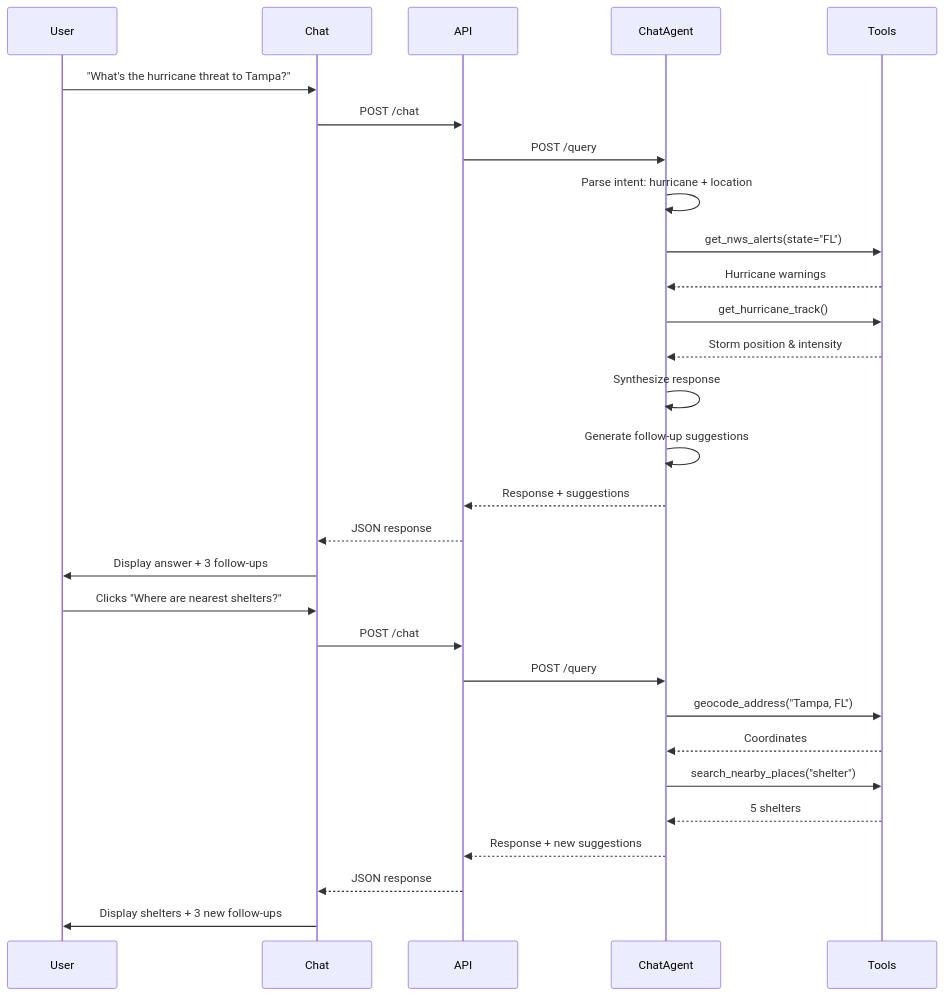
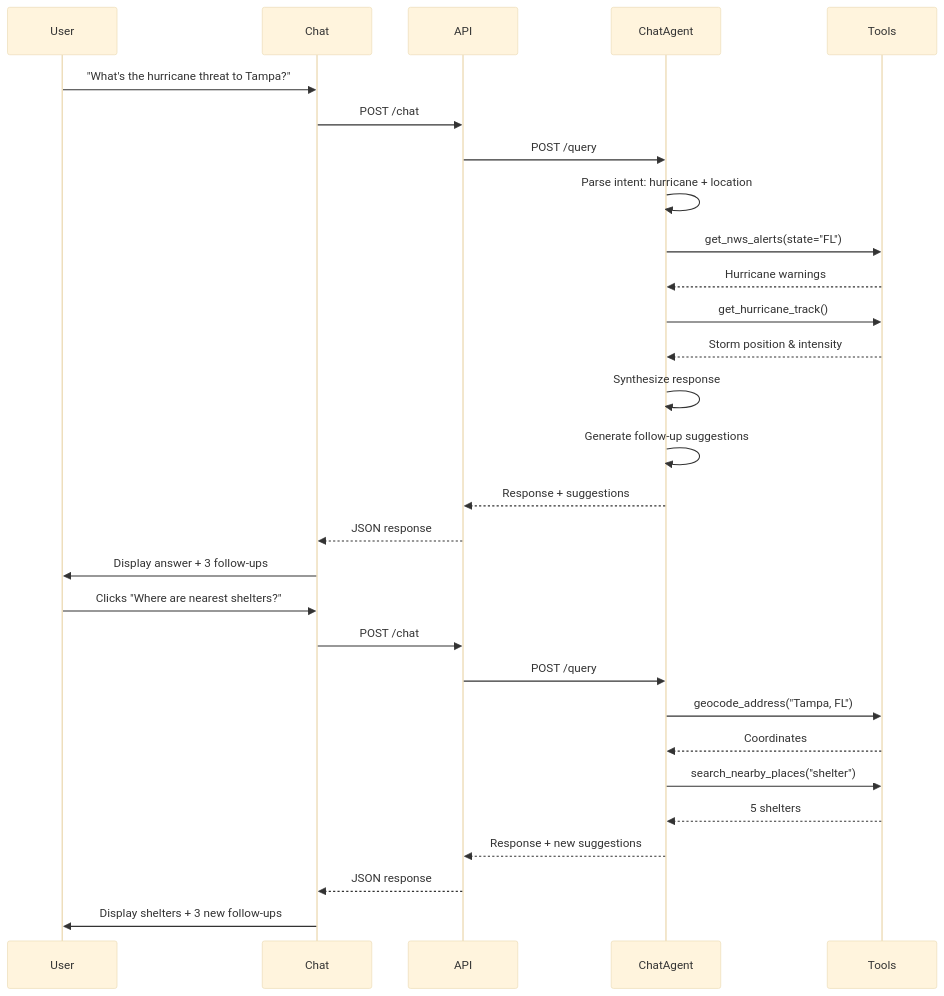
One commit to andersondang/weather_insights_and_forecase_advisor changed the fifth of 10 diagrams in DIAGRAMS.md. Above: the diagram before and after it, drawn with Mermaid. The commit also changed other lines of this file and 1 other file, not shown here.

Commit message:
Add flow diagrams

````diff
--- a/DIAGRAMS.md
+++ b/DIAGRAMS.md
@@ -212,38 +216,39 @@
 ```mermaid
+%%{init: {'theme':'base', 'themeVariables': { 'fontSize':'16px'}}}%%
 sequenceDiagram
     participant User
     participant Chat
     participant API
     participant ChatAgent
     participant Tools
     
     User->>Chat: "What's the hurricane threat to Tampa?"
     Chat->>API: POST /chat
     API->>ChatAgent: POST /query
     
     ChatAgent->>ChatAgent: Parse intent: hurricane + location
     ChatAgent->>Tools: get_nws_alerts(state="FL")
     Tools-->>ChatAgent: Hurricane warnings
     ChatAgent->>Tools: get_hurricane_track()
     Tools-->>ChatAgent: Storm position & intensity
     
     ChatAgent->>ChatAgent: Synthesize response
     ChatAgent->>ChatAgent: Generate follow-up suggestions
     
     ChatAgent-->>API: Response + suggestions
     API-->>Chat: JSON response
     Chat->>User: Display answer + 3 follow-ups
     
     User->>Chat: Clicks "Where are nearest shelters?"
     Chat->>API: POST /chat
     API->>ChatAgent: POST /query
     
     ChatAgent->>Tools: geocode_address("Tampa, FL")
     Tools-->>ChatAgent: Coordinates
     ChatAgent->>Tools: search_nearby_places("shelter")
     Tools-->>ChatAgent: 5 shelters
     
     ChatAgent-->>API: Response + new suggestions
     API-->>Chat: JSON response
     Chat->>User: Display shelters + 3 new follow-ups
 ```
````
